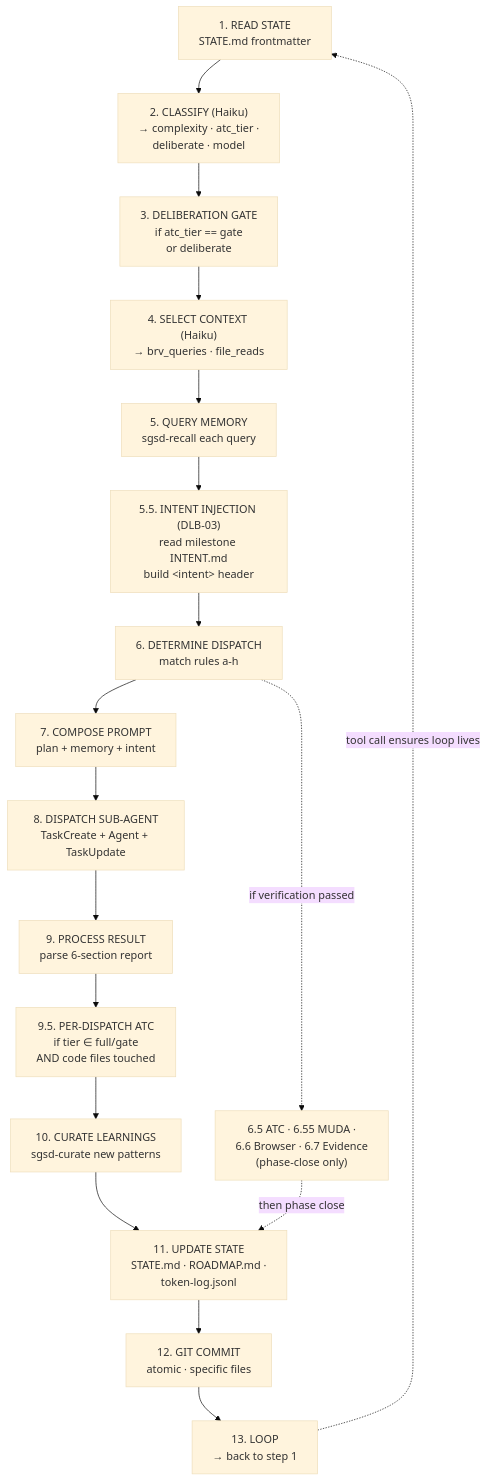
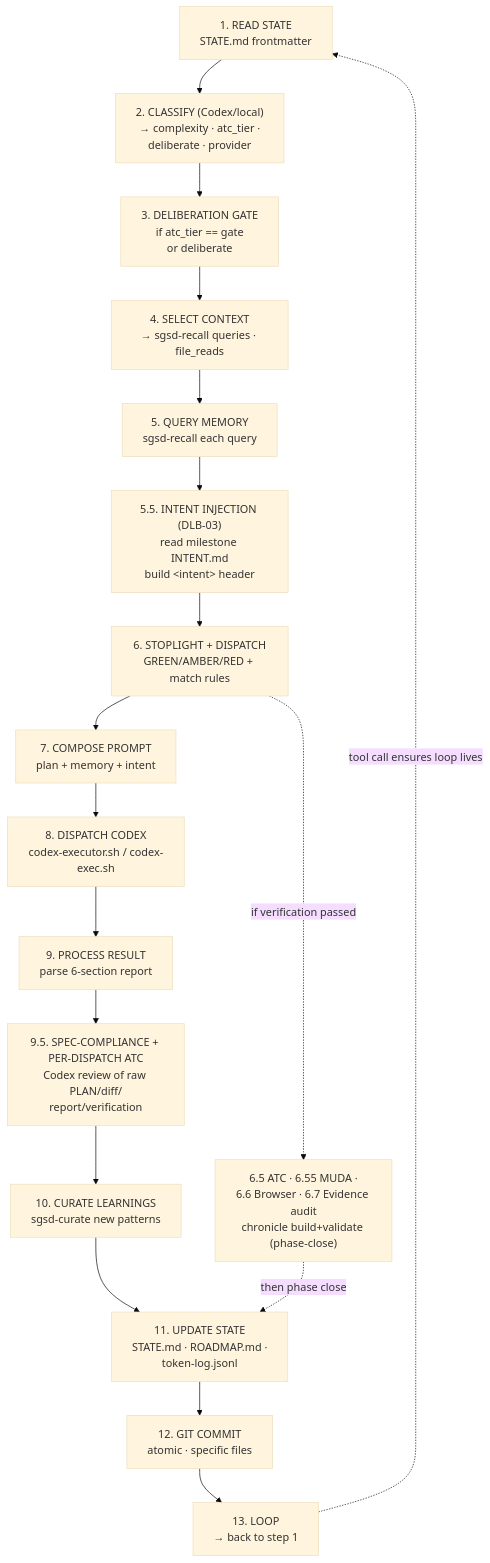
One commit to Berrowj/super-gsd changed the second of 6 diagrams in super-gsd/docs/ARCHITECTURE.md. Above: the diagram before and after it, drawn with Mermaid (base theme). The commit also changed other lines of this file and 11 other files, not shown here.

First line of the commit message:
docs: sync architecture & overview docs to v3.2

````diff
--- a/super-gsd/docs/ARCHITECTURE.md
+++ b/super-gsd/docs/ARCHITECTURE.md
@@ -80,24 +93,24 @@
 ```mermaid
 flowchart TD
     S1["1. READ STATE<br/>STATE.md frontmatter"]
-    S2["2. CLASSIFY (Haiku)<br/>→ complexity · atc_tier ·<br/>deliberate · model"]
+    S2["2. CLASSIFY (Codex/local)<br/>→ complexity · atc_tier ·<br/>deliberate · provider"]
     S3["3. DELIBERATION GATE<br/>if atc_tier == gate<br/>or deliberate"]
-    S4["4. SELECT CONTEXT (Haiku)<br/>→ brv_queries · file_reads"]
+    S4["4. SELECT CONTEXT<br/>→ sgsd-recall queries · file_reads"]
     S5["5. QUERY MEMORY<br/>sgsd-recall each query"]
     S55["5.5. INTENT INJECTION (DLB-03)<br/>read milestone INTENT.md<br/>build &lt;intent&gt; header"]
-    S6["6. DETERMINE DISPATCH<br/>match rules a-h"]
-    S65["6.5 ATC · 6.55 MUDA ·<br/>6.6 Browser · 6.7 Evidence<br/>(phase-close only)"]
+    S6["6. STOPLIGHT + DISPATCH<br/>GREEN/AMBER/RED + match rules"]
+    S65["6.5 ATC · 6.55 MUDA ·<br/>6.6 Browser · 6.7 Evidence audit<br/>chronicle build+validate (phase-close)"]
     S7["7. COMPOSE PROMPT<br/>plan + memory + intent"]
-    S8["8. DISPATCH SUB-AGENT<br/>TaskCreate + Agent + TaskUpdate"]
+    S8["8. DISPATCH CODEX<br/>codex-executor.sh / codex-exec.sh"]
     S9["9. PROCESS RESULT<br/>parse 6-section report"]
-    S95["9.5. PER-DISPATCH ATC<br/>if tier ∈ full/gate<br/>AND code files touched"]
+    S95["9.5. SPEC-COMPLIANCE + PER-DISPATCH ATC<br/>Codex review of raw PLAN/diff/<br/>report/verification"]
     S10["10. CURATE LEARNINGS<br/>sgsd-curate new patterns"]
     S11["11. UPDATE STATE<br/>STATE.md · ROADMAP.md ·<br/>token-log.jsonl"]
     S12["12. GIT COMMIT<br/>atomic · specific files"]
     S13["13. LOOP<br/>→ back to step 1"]
 
     S1 --> S2 --> S3 --> S4 --> S5 --> S55 --> S6 --> S7 --> S8 --> S9 --> S95 --> S10 --> S11 --> S12 --> S13
     S13 -.tool call ensures loop lives.-> S1
     S6 -.if verification passed.-> S65
     S65 -.then phase close.-> S11
 ```
````
